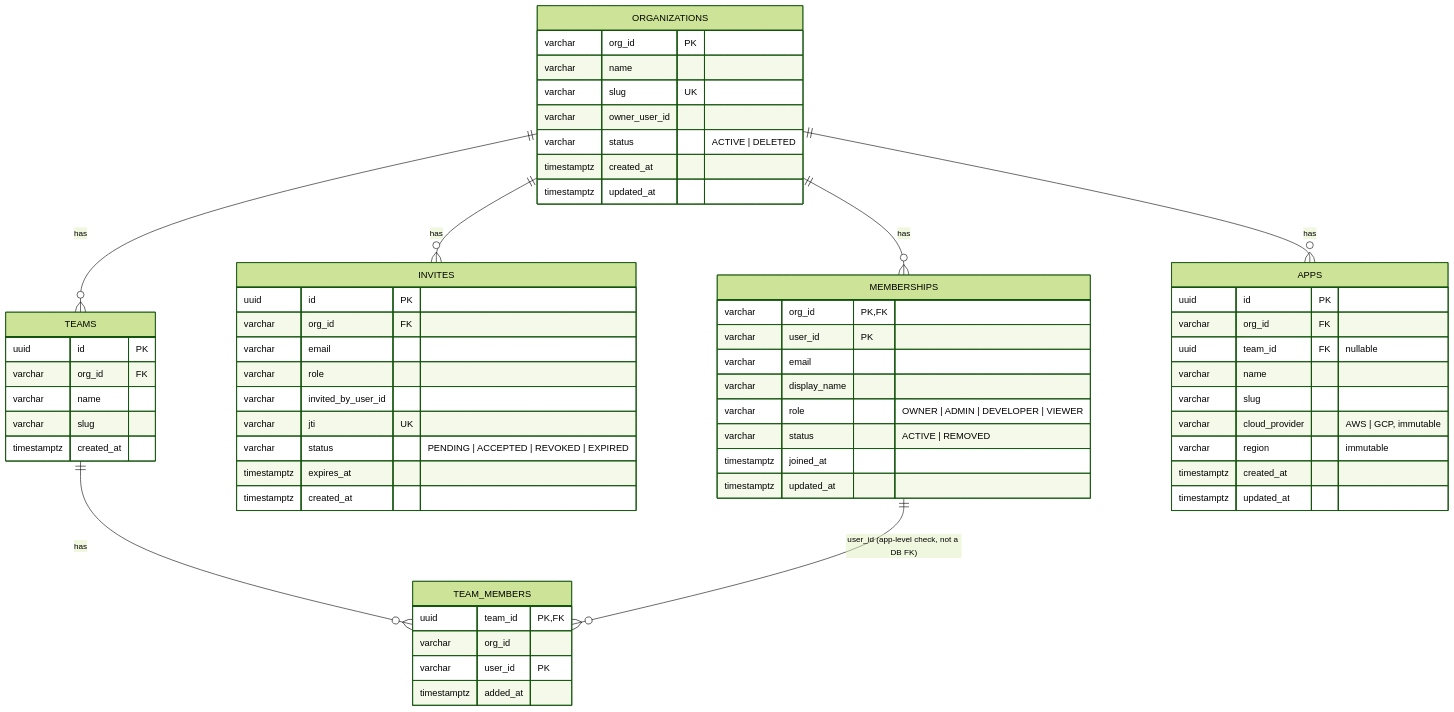
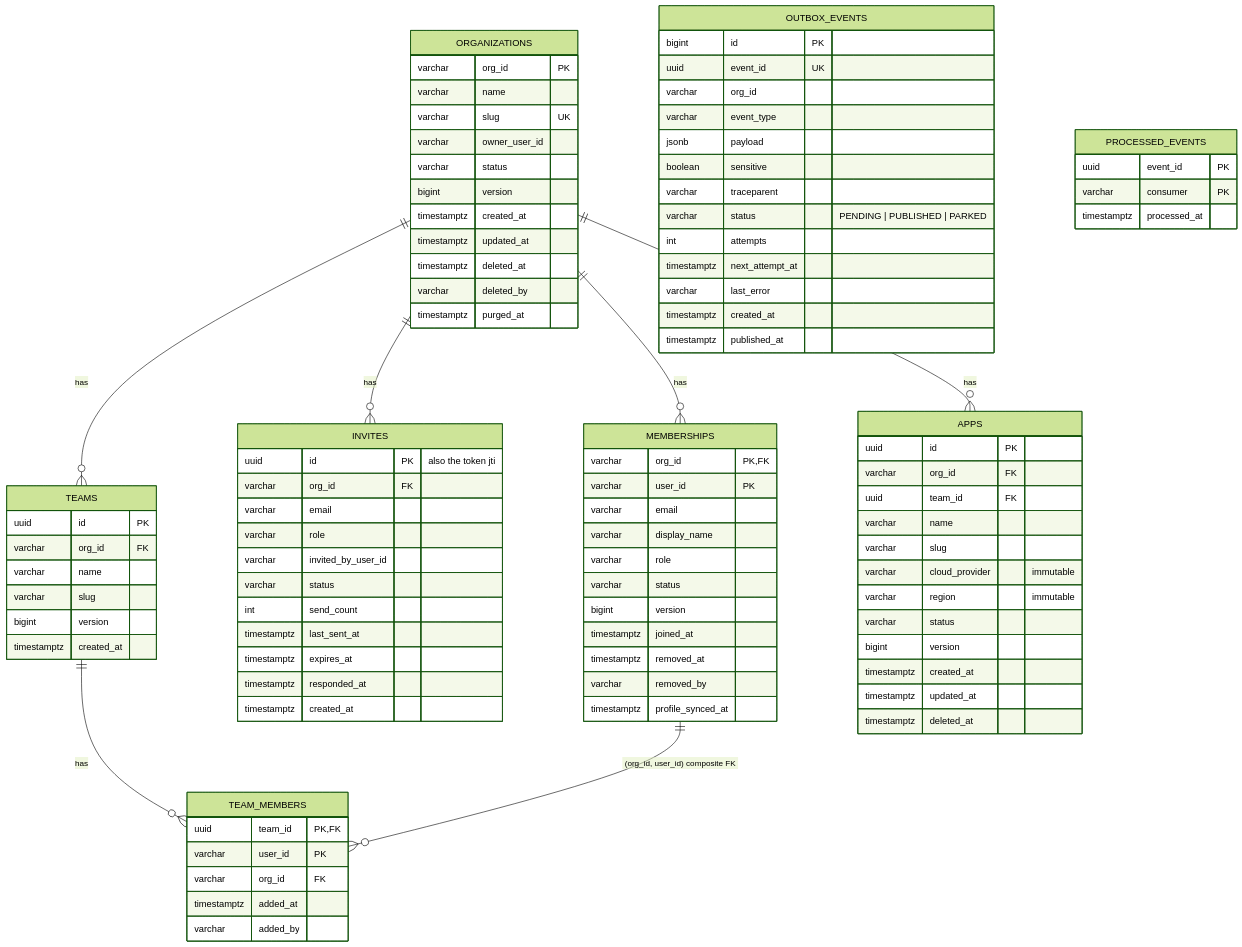
The third of 8 diagrams in docs/org-team-service/ARCHITECTURE.md (Wamitinewton/Pallet.io), drawn with Mermaid (forest theme) before and after one commit. The commit also changed other lines of this file and 4 other files, not shown here.

````diff
--- a/docs/org-team-service/ARCHITECTURE.md
+++ b/docs/org-team-service/ARCHITECTURE.md
@@ -276,29 +298,38 @@
         varchar name
         varchar slug UK
         varchar owner_user_id
-        varchar status "ACTIVE | DELETED"
+        varchar status
+        bigint version
         timestamptz created_at
         timestamptz updated_at
+        timestamptz deleted_at
+        varchar deleted_by
+        timestamptz purged_at
     }
     MEMBERSHIPS {
-        varchar org_id PK, FK
+        varchar org_id PK,FK
         varchar user_id PK
         varchar email
         varchar display_name
-        varchar role "OWNER | ADMIN | DEVELOPER | VIEWER"
-        varchar status "ACTIVE | REMOVED"
+        varchar role
+        varchar status
+        bigint version
         timestamptz joined_at
-        timestamptz updated_at
+        timestamptz removed_at
+        varchar removed_by
+        timestamptz profile_synced_at
     }
     INVITES {
-        uuid id PK
+        uuid id PK "also the token jti"
         varchar org_id FK
         varchar email
         varchar role
         varchar invited_by_user_id
-        varchar jti UK
-        varchar status "PENDING | ACCEPTED | REVOKED | EXPIRED"
+        varchar status
+        int send_count
+        timestamptz last_sent_at
         timestamptz expires_at
+        timestamptz responded_at
         timestamptz created_at
     }
     TEAMS {
@@ -306,29 +337,54 @@
         varchar org_id FK
         varchar name
         varchar slug
+        bigint version
         timestamptz created_at
     }
     TEAM_MEMBERS {
-        uuid team_id PK, FK
-        varchar org_id
+        uuid team_id PK,FK
         varchar user_id PK
+        varchar org_id FK
         timestamptz added_at
+        varchar added_by
     }
     APPS {
         uuid id PK
         varchar org_id FK
-        uuid team_id FK "nullable"
+        uuid team_id FK
         varchar name
         varchar slug
-        varchar cloud_provider "AWS | GCP, immutable"
+        varchar cloud_provider "immutable"
         varchar region "immutable"
+        varchar status
+        bigint version
         timestamptz created_at
         timestamptz updated_at
+        timestamptz deleted_at
+    }
+    OUTBOX_EVENTS {
+        bigint id PK
+        uuid event_id UK
+        varchar org_id
+        varchar event_type
+        jsonb payload
+        boolean sensitive
+        varchar traceparent
+        varchar status "PENDING | PUBLISHED | PARKED"
+        int attempts
+        timestamptz next_attempt_at
+        varchar last_error
+        timestamptz created_at
+        timestamptz published_at
+    }
+    PROCESSED_EVENTS {
+        uuid event_id PK
+        varchar consumer PK
+        timestamptz processed_at
     }
     ORGANIZATIONS ||--o{ MEMBERSHIPS : has
     ORGANIZATIONS ||--o{ INVITES : has
     ORGANIZATIONS ||--o{ TEAMS : has
     ORGANIZATIONS ||--o{ APPS : has
     TEAMS ||--o{ TEAM_MEMBERS : has
-    MEMBERSHIPS ||--o{ TEAM_MEMBERS : "user_id (app-level check, not a DB FK)"
+    MEMBERSHIPS ||--o{ TEAM_MEMBERS : "(org_id, user_id) composite FK"
 ```
````
